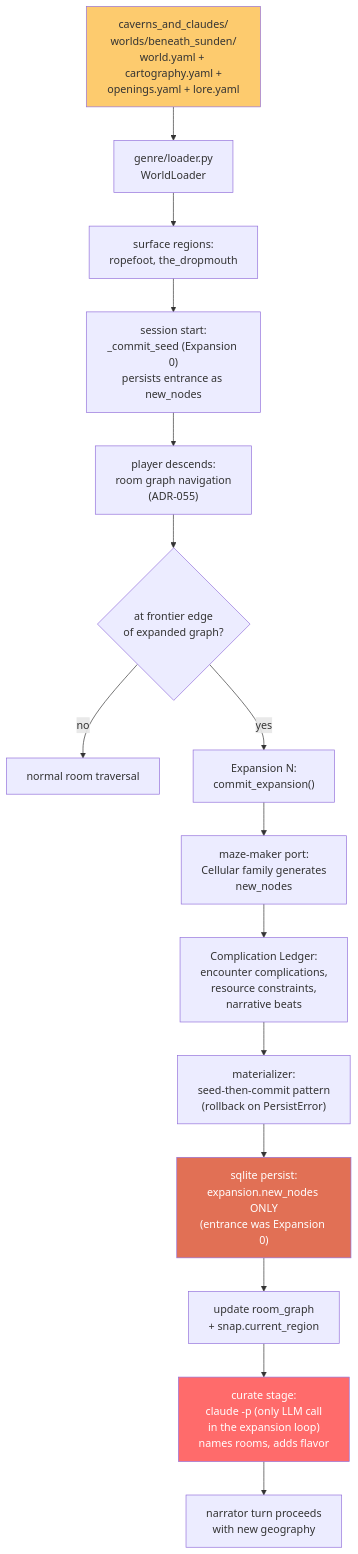
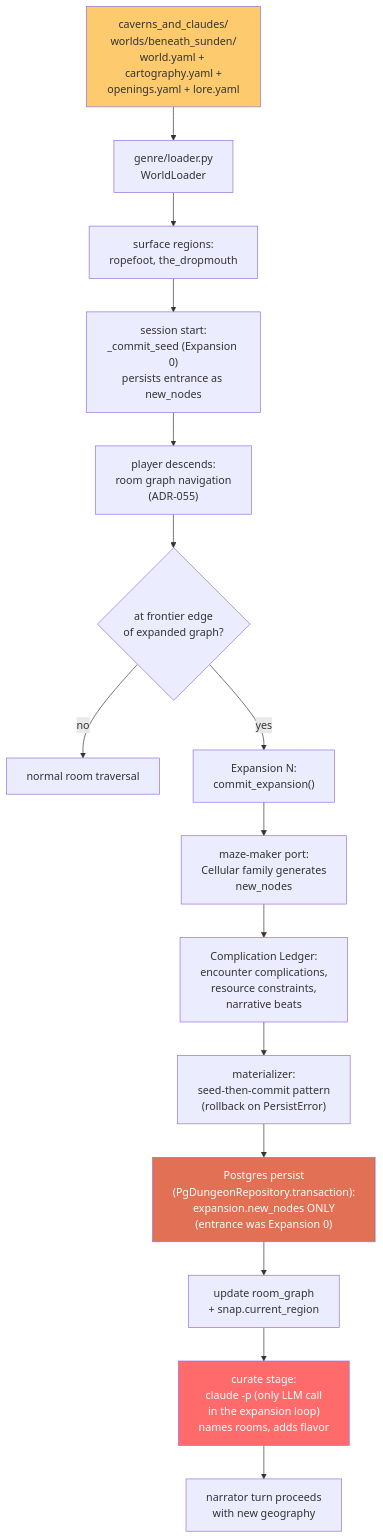
One commit to slabgorb-org/sidequest changed diagram 18 of 18 in docs/wiring-diagrams.md. Above: the diagram before and after it, drawn with Mermaid. The commit also changed other lines of this file, not shown here.

First line of the commit message:
docs(127-1): migrate wiring-diagrams persistence onto Postgres (ADR-115)

````diff
--- a/docs/wiring-diagrams.md
+++ b/docs/wiring-diagrams.md
@@ -936,26 +958,26 @@
 ```mermaid
 flowchart TD
     A["caverns_and_claudes/<br/>worlds/beneath_sunden/<br/>world.yaml + cartography.yaml +<br/>openings.yaml + lore.yaml"] --> B["genre/loader.py<br/>WorldLoader"]
 
     B --> C["surface regions:<br/>ropefoot, the_dropmouth"]
     C --> D["session start:<br/>_commit_seed (Expansion 0)<br/>persists entrance as new_nodes"]
 
     D --> E["player descends:<br/>room graph navigation<br/>(ADR-055)"]
     E --> F{"at frontier edge<br/>of expanded graph?"}
     F -->|"no"| G["normal room traversal"]
     F -->|"yes"| H["Expansion N:<br/>commit_expansion()"]
 
     H --> I["maze-maker port:<br/>Cellular family generates<br/>new_nodes"]
     I --> J["Complication Ledger:<br/>encounter complications,<br/>resource constraints,<br/>narrative beats"]
     J --> K["materializer:<br/>seed-then-commit pattern<br/>(rollback on PersistError)"]
 
-    K --> L["sqlite persist:<br/>expansion.new_nodes ONLY<br/>(entrance was Expansion 0)"]
+    K --> L["Postgres persist<br/>(PgDungeonRepository.transaction):<br/>expansion.new_nodes ONLY<br/>(entrance was Expansion 0)"]
     L --> M["update room_graph<br/>+ snap.current_region"]
 
     M --> N["curate stage:<br/>claude -p (only LLM call<br/>in the expansion loop)<br/>names rooms, adds flavor"]
     N --> O["narrator turn proceeds<br/>with new geography"]
 
     style A fill:#fdcb6e,color:#333
     style L fill:#e17055,color:#fff
     style N fill:#ff6b6b,color:#fff
 ```
````
